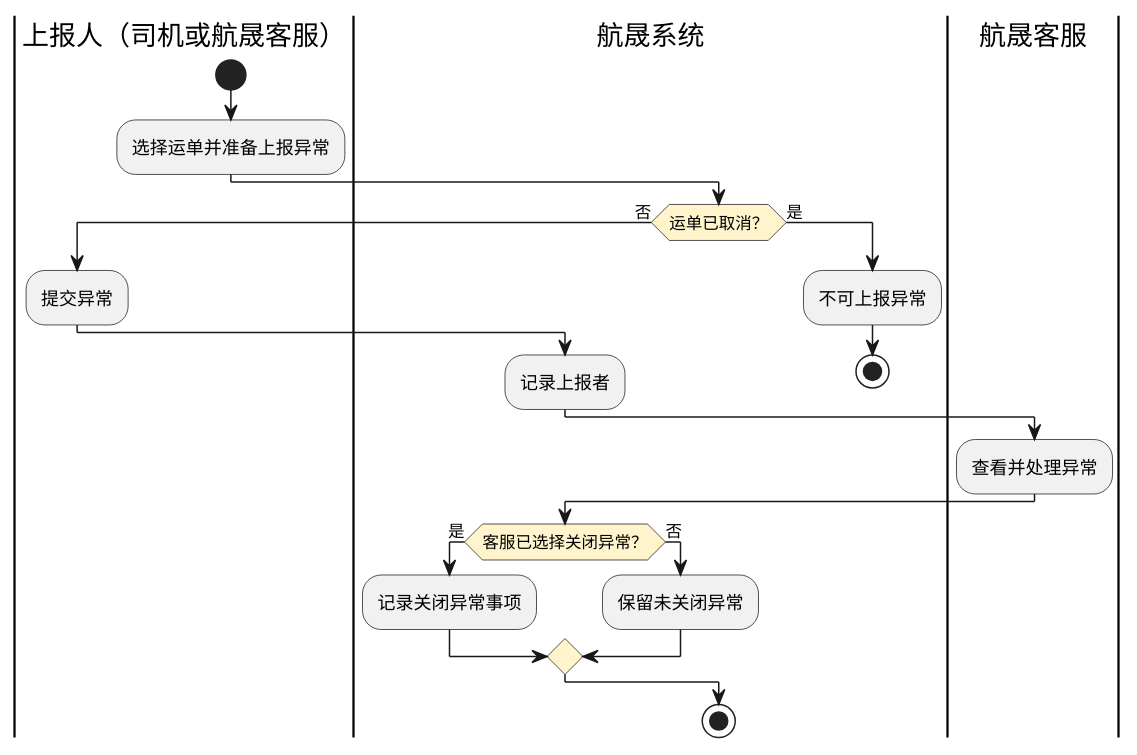
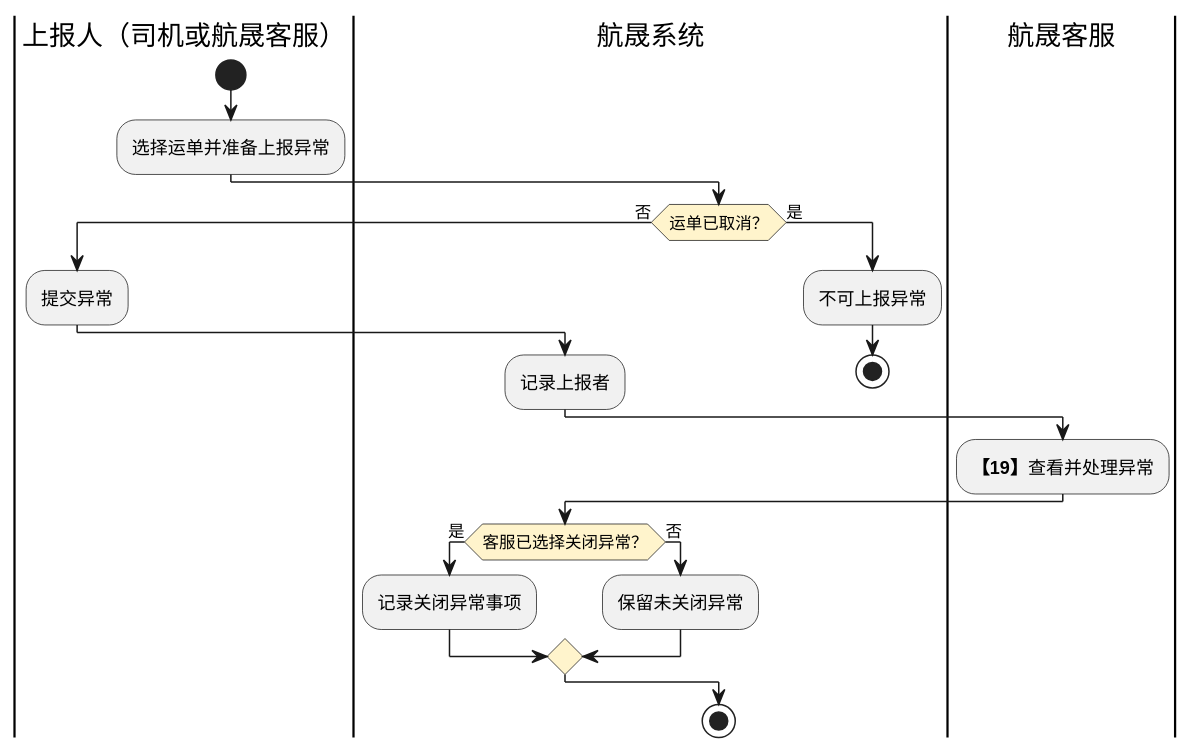
Before and after one commit to jack888332/projects-doc: the sixth of 8 diagrams in product-caliber/goldjet/segmented-prd/PRD.高捷物流系统一期.第016篇.用车-运单管理.20AA542560.md, drawn with PlantUML. The commit also changed other lines of this file and 12 other files, not shown here.

Commit message:
完善DSL图

````diff
--- a/product-caliber/goldjet/segmented-prd/PRD.高捷物流系统一期.第016篇.用车-运单管理.20AA542560.md
+++ b/product-caliber/goldjet/segmented-prd/PRD.高捷物流系统一期.第016篇.用车-运单管理.20AA542560.md
@@ -202,28 +229,28 @@
 ```plantuml
 @startuml goldjet-016-exception-reporting
 skinparam activityDiamondBackgroundColor #FFF4CC
 |上报人（司机或航晟客服）|
 start
 :选择运单并准备上报异常;
 |航晟系统|
 if (运单已取消？) then (否)
   |上报人（司机或航晟客服）|
   :提交异常;
   |航晟系统|
   :记录上报者;
   |航晟客服|
-  :查看并处理异常;
+  :**【19】**查看并处理异常;
   |航晟系统|
   if (客服已选择关闭异常？) then (是)
     :记录关闭异常事项;
   else (否)
     :保留未关闭异常;
   endif
 else (是)
   |航晟系统|
   :不可上报异常;
   stop
 endif
 stop
 @enduml
 ```
````
